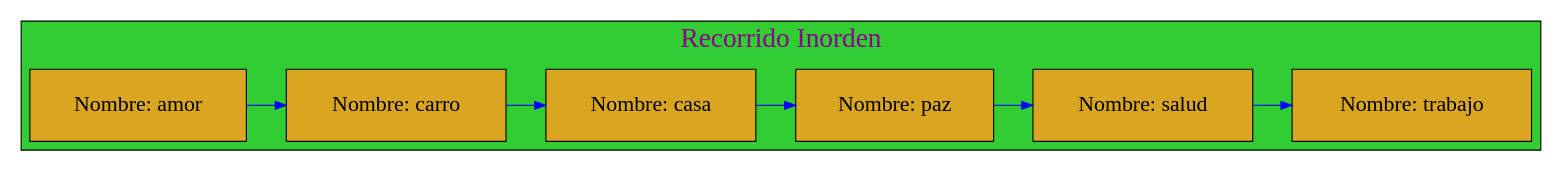
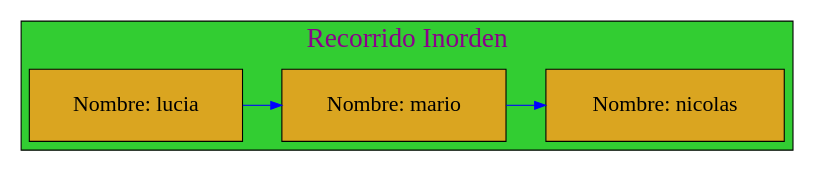
Before and after one commit to mariotun/EDD_1S2020_PY1_201602942: the diagram in Graficas/Recorrido_Inorden.dot, drawn with Graphviz. The commit also changed 25 other files, not shown here.

```diff
--- a/Graficas/Recorrido_Inorden.dot
+++ b/Graficas/Recorrido_Inorden.dot
@@ -1,28 +1,25 @@
 digraph Inorder_Traversal{
 
 graph[ranksep= "0.5",nodesep= "0.5"];subgraph cluster_3{
 
 label="Recorrido Inorden";
 labelloc=t;
 fontcolor=magenta4;
 fontname=algerian;
 fontsize=25;
 style=filled;
 fillcolor=limegreen;
 
 node[margin=0.3 shape=box style=filled fontcolor=black fillcolor=goldenrod fontsize=20];
 {rank=same;
 
-25770476704[label="Nombre: amor " ];
-25770476048[label="Nombre: carro " ];
-25770475840[label="Nombre: casa " ];
-25770477264[label="Nombre: paz " ];
-25770476256[label="Nombre: salud " ];
-25770476448[label="Nombre: trabajo " ];
+25770489296[label="Nombre: lucia " ];
+25770476720[label="Nombre: mario " ];
+25770490768[label="Nombre: nicolas " ];
 };
-25770476704 -> 25770476048 -> 25770475840 -> 25770477264 -> 25770476256 -> 25770476448 
+25770489296 -> 25770476720 -> 25770490768 
 
 [color=blue ];
 }
 
 }
```
